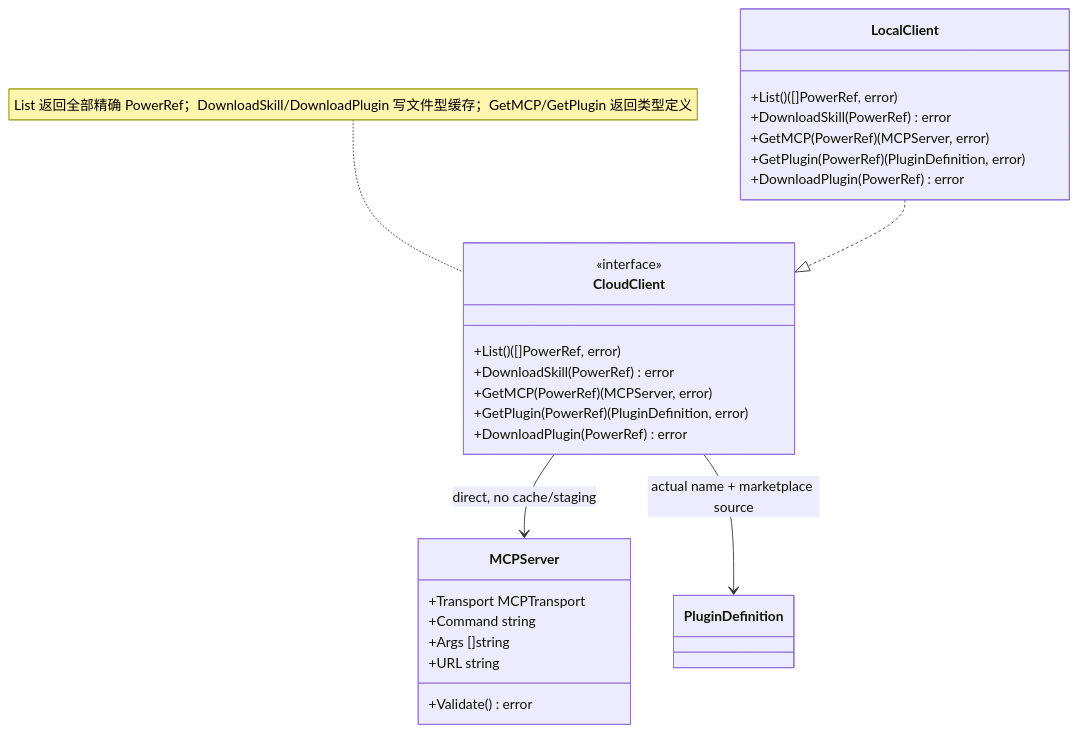
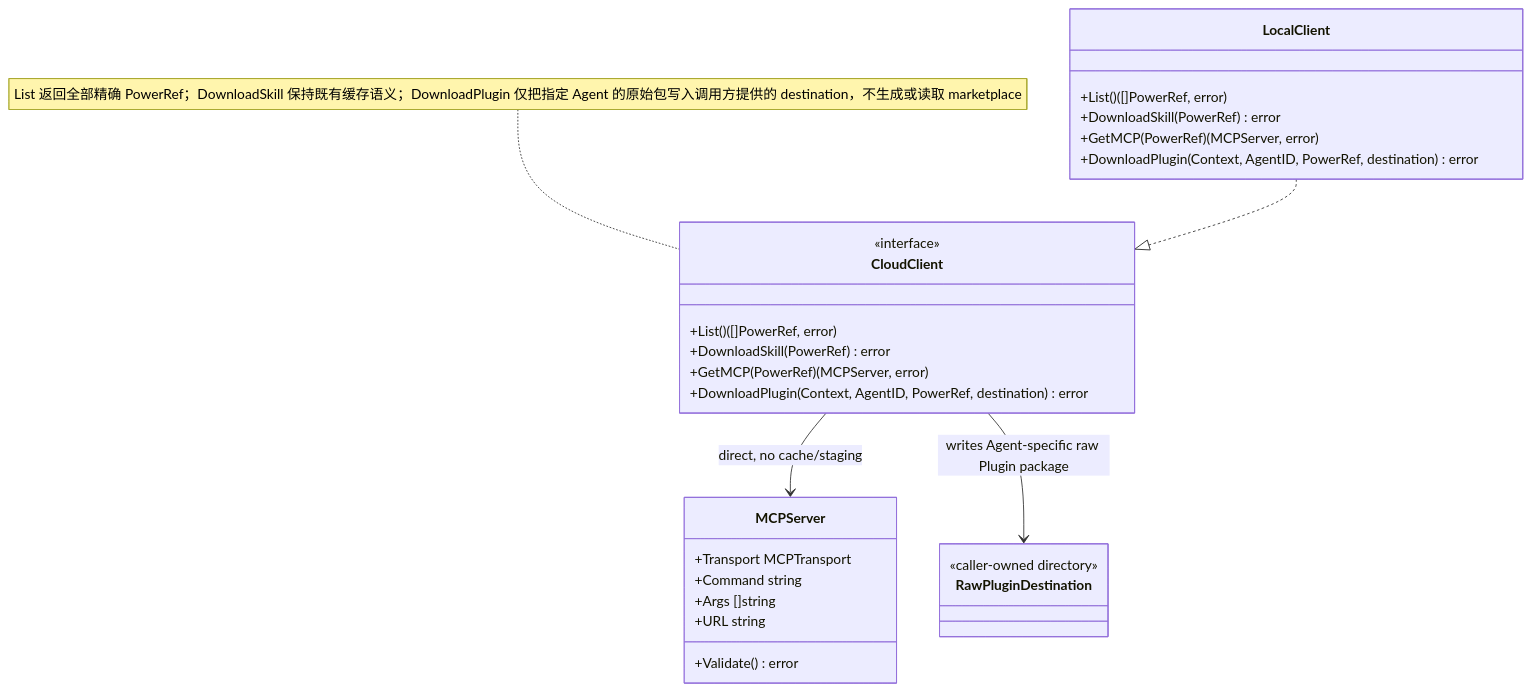
The diagram in ivory-tower/c4/components/apm-cli-diagrams/cloud-client.mmd (spacemit-com/agent-power-manager), drawn with Mermaid before and after one commit. The commit also changed 12 other files, not shown here.

Commit message:
docs(plugin): document local marketplace artifacts

```diff
--- a/ivory-tower/c4/components/apm-cli-diagrams/cloud-client.mmd
+++ b/ivory-tower/c4/components/apm-cli-diagrams/cloud-client.mmd
@@ -1,27 +1,28 @@
 classDiagram
-    note for CloudClient "List 返回全部精确 PowerRef；DownloadSkill/DownloadPlugin 写文件型缓存；GetMCP/GetPlugin 返回类型定义"
+    note for CloudClient "List 返回全部精确 PowerRef；DownloadSkill 保持既有缓存语义；DownloadPlugin 仅把指定 Agent 的原始包写入调用方提供的 destination，不生成或读取 marketplace"
     class CloudClient {
         <<interface>>
         +List() ([]PowerRef, error)
         +DownloadSkill(PowerRef) error
         +GetMCP(PowerRef) (MCPServer, error)
-        +GetPlugin(PowerRef) (PluginDefinition, error)
-        +DownloadPlugin(PowerRef) error
+        +DownloadPlugin(Context, AgentID, PowerRef, destination) error
     }
     class MCPServer {
         +Transport MCPTransport
         +Command string
         +Args []string
         +URL string
         +Validate() error
     }
     class LocalClient {
         +List() ([]PowerRef, error)
         +DownloadSkill(PowerRef) error
         +GetMCP(PowerRef) (MCPServer, error)
-        +GetPlugin(PowerRef) (PluginDefinition, error)
-        +DownloadPlugin(PowerRef) error
+        +DownloadPlugin(Context, AgentID, PowerRef, destination) error
     }
     LocalClient ..|> CloudClient
     CloudClient --> MCPServer : direct, no cache/staging
-    CloudClient --> PluginDefinition : actual name + marketplace source
+    class RawPluginDestination {
+        <<caller-owned directory>>
+    }
+    CloudClient --> RawPluginDestination : writes Agent-specific raw Plugin package
```
